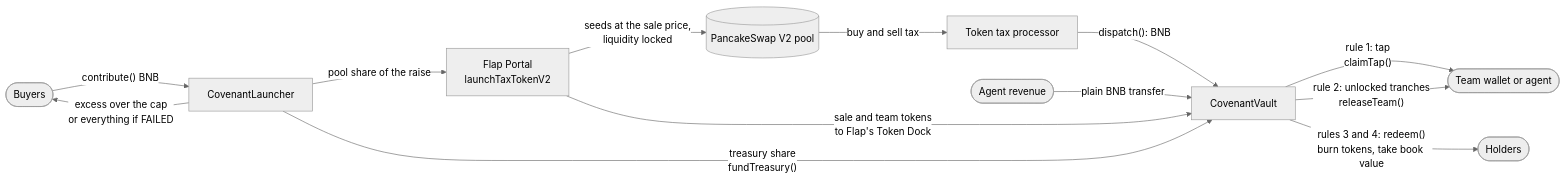
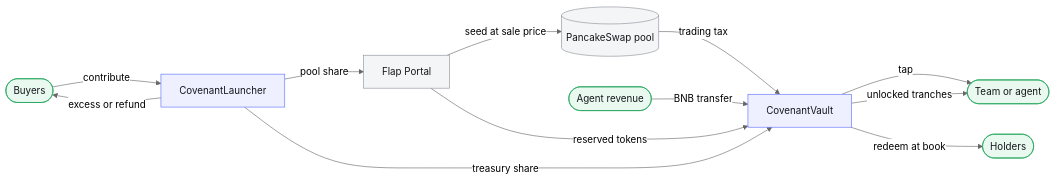
Before and after one commit to Adityaakr/Covenent: the second of 4 diagrams in README.md, drawn with Mermaid (neutral theme). The commit also changed other lines of this file and 15 other files, not shown here.

````diff
--- a/README.md
+++ b/README.md
@@ -86,15 +150,21 @@
 ```mermaid
 flowchart LR
-    B([Buyers]) -- "contribute() BNB" --> L[CovenantLauncher]
-    L -- "excess over the cap<br/>or everything if FAILED" --> B
-    L -- "pool share of the raise" --> P[Flap Portal<br/>launchTaxTokenV2]
-    P -- "seeds at the sale price,<br/>liquidity locked" --> X[(PancakeSwap V2 pool)]
-    P -- "sale and team tokens<br/>to Flap's Token Dock" --> V
-    L -- "treasury share<br/>fundTreasury()" --> V[CovenantVault]
-    X -- "buy and sell tax" --> TP[Token tax processor]
-    TP -- "dispatch(): BNB" --> V
-    R([Agent revenue]) -- "plain BNB transfer" --> V
-    V -- "rule 1: tap<br/>claimTap()" --> T([Team wallet or agent])
-    V -- "rule 2: unlocked tranches<br/>releaseTeam()" --> T
-    V -- "rules 3 and 4: redeem()<br/>burn tokens, take book value" --> H([Holders])
+    B([Buyers]) -->|contribute| L[CovenantLauncher]
+    L -->|excess or refund| B
+    L -->|pool share| P[Flap Portal]
+    P -->|seed at sale price| X[(PancakeSwap pool)]
+    P -->|reserved tokens| V[CovenantVault]
+    L -->|treasury share| V
+    X -->|trading tax| V
+    R([Agent revenue]) -->|BNB transfer| V
+    V -->|tap| T([Team or agent])
+    V -->|unlocked tranches| T
+    V -->|redeem at book| H([Holders])
+
+    classDef cov fill:#EEF0FF,stroke:#5B6CFF,color:#15171C
+    classDef ext fill:#F4F5F7,stroke:#8A8F98,color:#15171C
+    classDef who fill:#E9F9EF,stroke:#22A55B,color:#15171C
+    class L,V cov
+    class P,X ext
+    class B,R,T,H who
 ```
````
